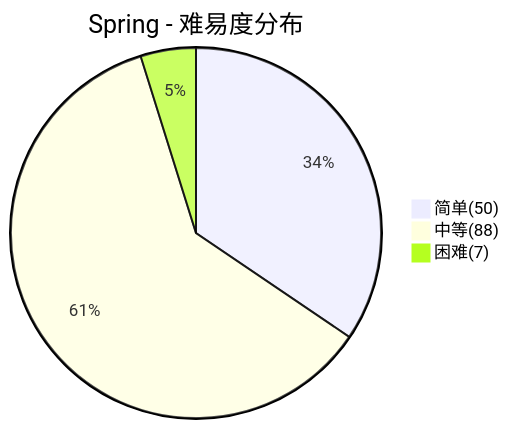
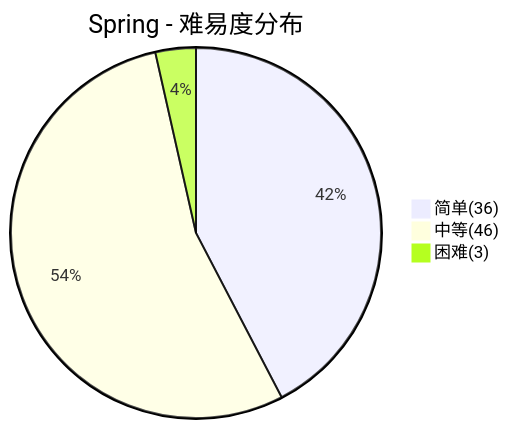
One commit to dunwu/waterdrop changed the second of 6 diagrams in docs/99.面试/Java框架面试.md. Above: the diagram before and after it, drawn with Mermaid. The commit also changed other lines of this file and 50 other files, not shown here.

````diff
--- a/docs/99.面试/Java框架面试.md
+++ b/docs/99.面试/Java框架面试.md
@@ -73,6 +74,6 @@
 ```mermaid
 pie title Spring - 难易度分布
-    "简单(50)" : 50
-    "中等(88)" : 88
-    "困难(7)" : 7
+    "简单(36)" : 36
+    "中等(46)" : 46
+    "困难(3)" : 3
 ```
````
